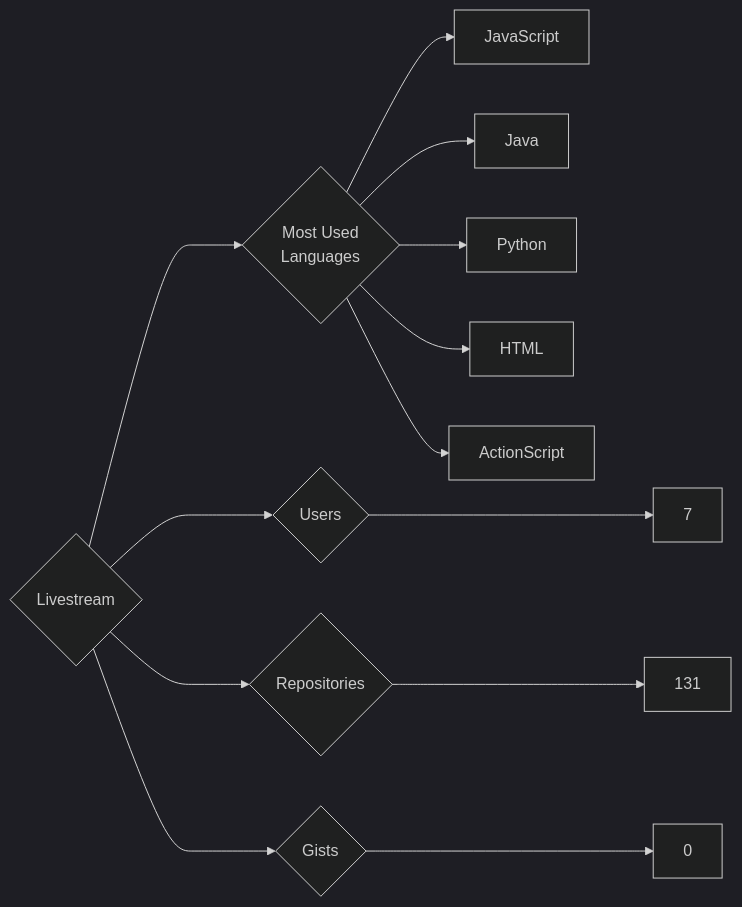
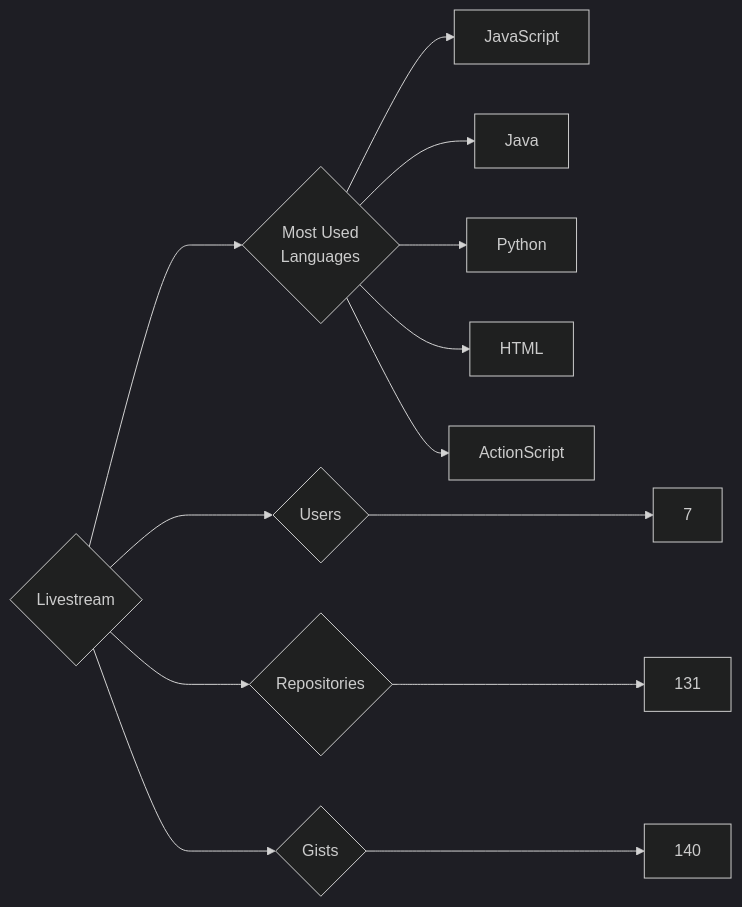
One commit to trickest/insiders changed the diagram in targets/Livestream/README.md. Above: the diagram before and after it, drawn with Mermaid (dark theme). The commit also changed 984 other files, not shown here.

````diff
--- a/targets/Livestream/README.md
+++ b/targets/Livestream/README.md
@@ -3,13 +3,13 @@
 ```mermaid
 graph LR
 COMPANY_NAME{Livestream}
 COMPANY_NAME ---> U{Users} ---> UN[7]
 COMPANY_NAME ---> R{Repositories} ---> RN[131]
-COMPANY_NAME ---> G{Gists} ---> GN[0]
+COMPANY_NAME ---> G{Gists} ---> GN[140]
 COMPANY_NAME ---> ML{Most Used<br>Languages}
 ML --> JavaScript[JavaScript]
 ML --> Java[Java]
 ML --> Python[Python]
 ML --> HTML[HTML]
 ML --> ActionScript[ActionScript]
 ```
````
